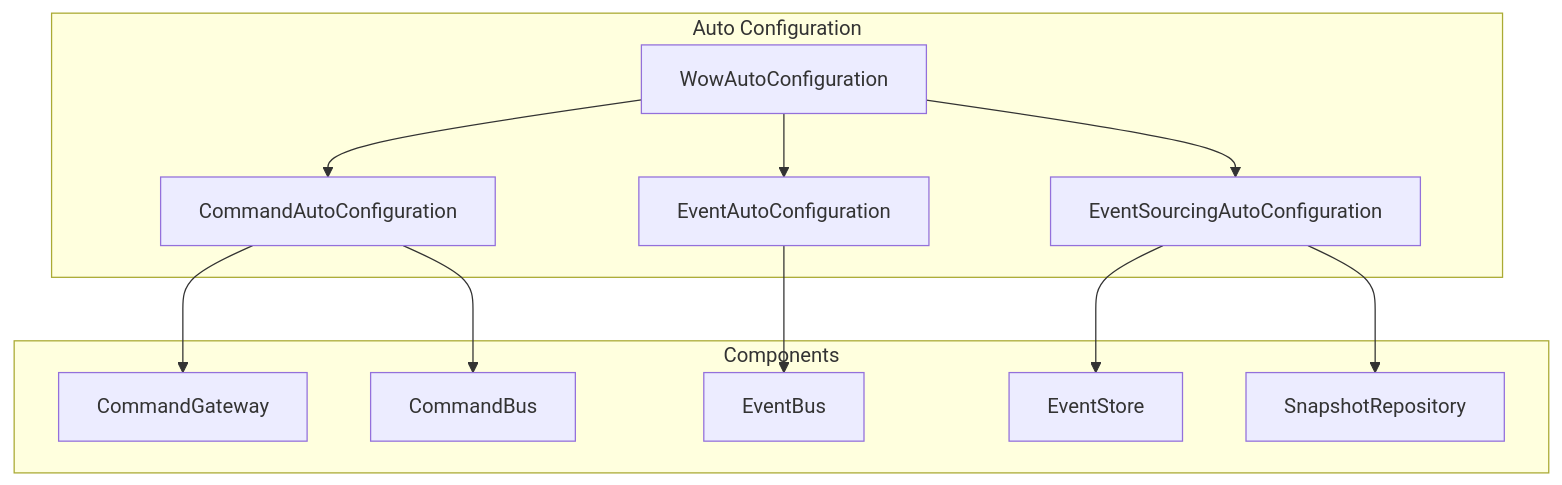
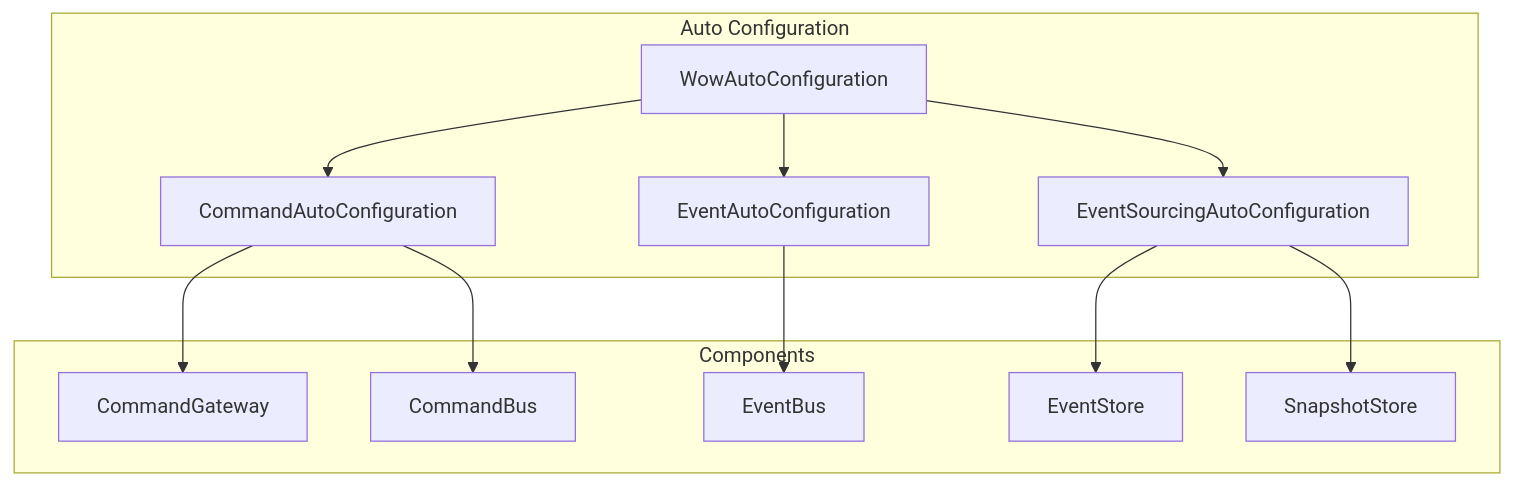
The diagram in documentation/docs/en/guide/extensions/spring-boot-starter.md (Ahoo-Wang/Wow), drawn with Mermaid before and after one commit. The commit also changed other lines of this file and 36 other files, not shown here.

````diff
--- a/documentation/docs/en/guide/extensions/spring-boot-starter.md
+++ b/documentation/docs/en/guide/extensions/spring-boot-starter.md
@@ -36,26 +36,26 @@
 ```mermaid
 flowchart TB
     subgraph AutoConfig["Auto Configuration"]
         WC[WowAutoConfiguration]
         CC[CommandAutoConfiguration]
         EC[EventAutoConfiguration]
         ESC[EventSourcingAutoConfiguration]
     end
     
     subgraph Components["Components"]
         CG[CommandGateway]
         CB[CommandBus]
         EB[EventBus]
         ES[EventStore]
-        SR[SnapshotRepository]
+        SR[SnapshotStore]
     end
     
     WC --> CC
     WC --> EC
     WC --> ESC
     CC --> CG
     CC --> CB
     EC --> EB
     ESC --> ES
     ESC --> SR
 ```
````
